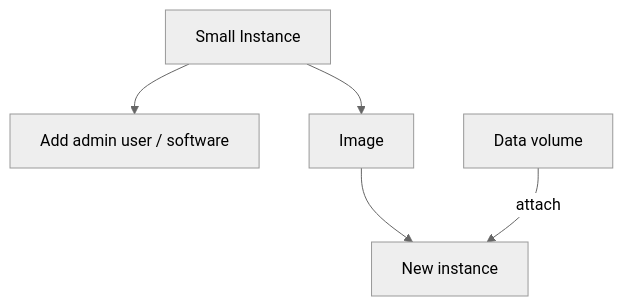
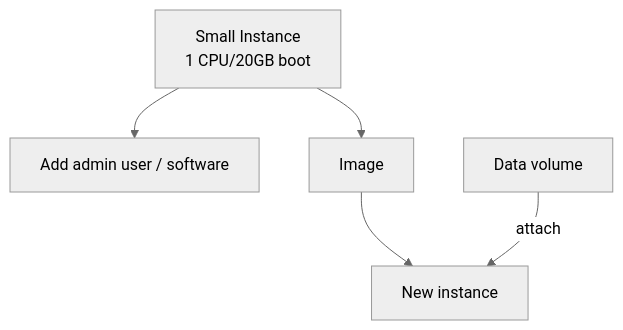
Before and after one commit to AntibodyEngineers/2024-Antibodies-and-AI: the diagram in getting-started.md, drawn with Mermaid (neutral theme).

````diff
--- a/getting-started.md
+++ b/getting-started.md
@@ -7,8 +7,8 @@
 ```mermaid
     flowchart TD
     
-    A[Small Instance] --> B[Add admin user / software]
+    A[Small Instance<br/>1 CPU/20GB boot] --> B[Add admin user / software]
     A-->C[Image] --> D[New instance]
     E[Data volume]
     E -- attach --> D
 ```
````
